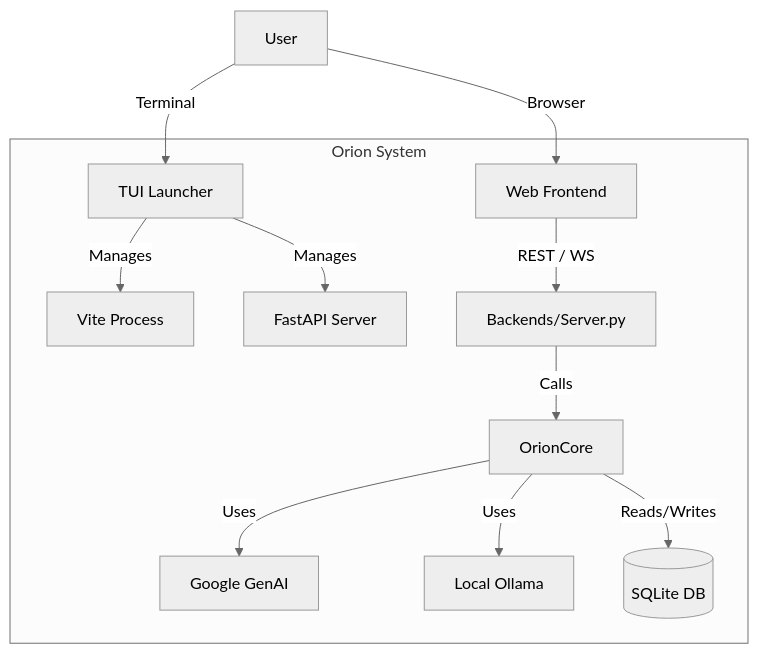
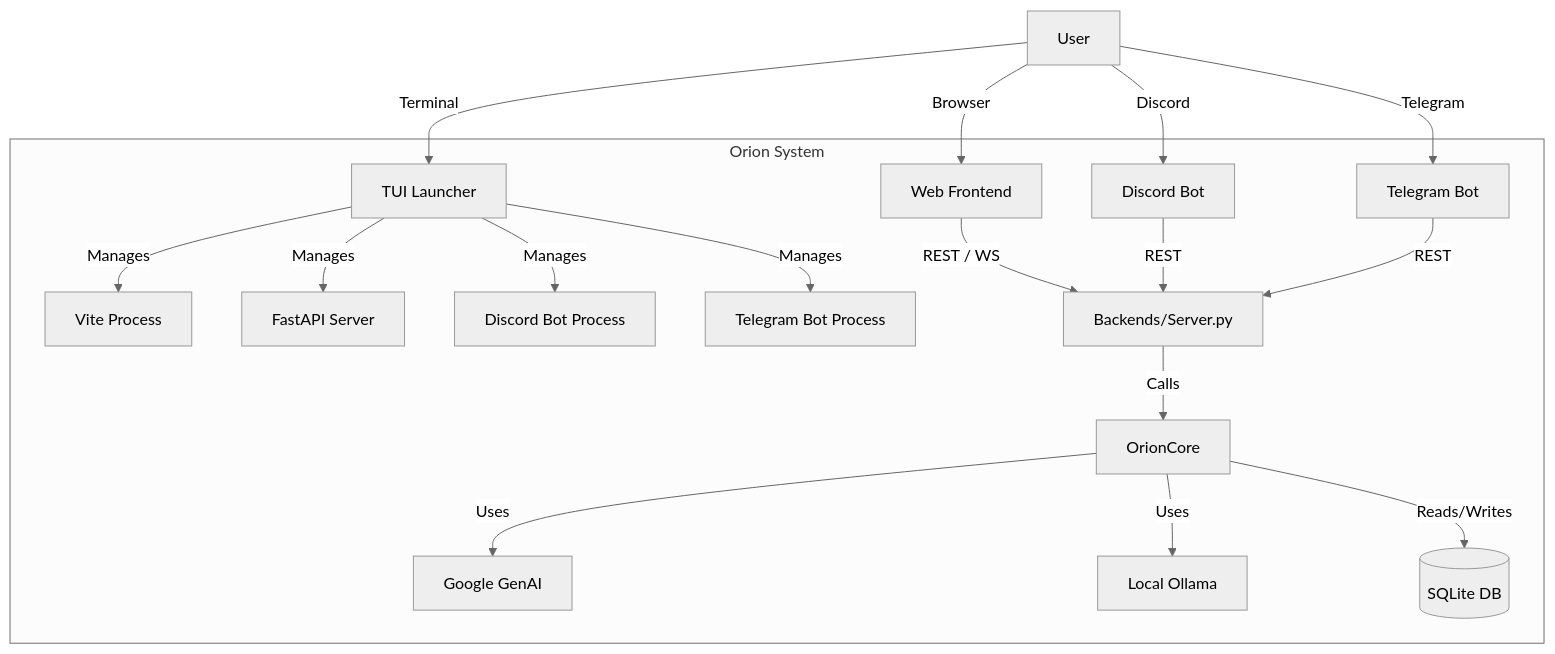
One commit to Dev-020/Orion changed the diagram in docs/architecture.md. Above: the diagram before and after it, drawn with Mermaid (neutral theme). The commit also changed other lines of this file and 9 other files, not shown here.

First line of the commit message:
fix: resolve Telegram thought streaming freeze with Discord-style safeguards

````diff
--- a/docs/architecture.md
+++ b/docs/architecture.md
@@ -6,18 +6,24 @@
 ```mermaid
 graph TD
     User[User] -->|Browser| Web[Web Frontend]
     User -->|Terminal| Launcher[TUI Launcher]
+    User -->|Discord| DiscordBot[Discord Bot]
+    User -->|Telegram| TelegramBot[Telegram Bot]
     
     subgraph "Orion System"
         Launcher -->|Manages| WebProcess[Vite Process]
         Launcher -->|Manages| ServerProcess[FastAPI Server]
+        Launcher -->|Manages| DiscordProcess[Discord Bot Process]
+        Launcher -->|Manages| TelegramProcess[Telegram Bot Process]
         
         Web -->|REST / WS| Server[Backends/Server.py]
+        DiscordBot -->|REST| Server
+        TelegramBot -->|REST| Server
         
         Server -->|Calls| Core[OrionCore]
         
         Core -->|Uses| GenAI[Google GenAI]
         Core -->|Uses| Ollama[Local Ollama]
         Core -->|Reads/Writes| DB[(SQLite DB)]
     end
 ```
````
